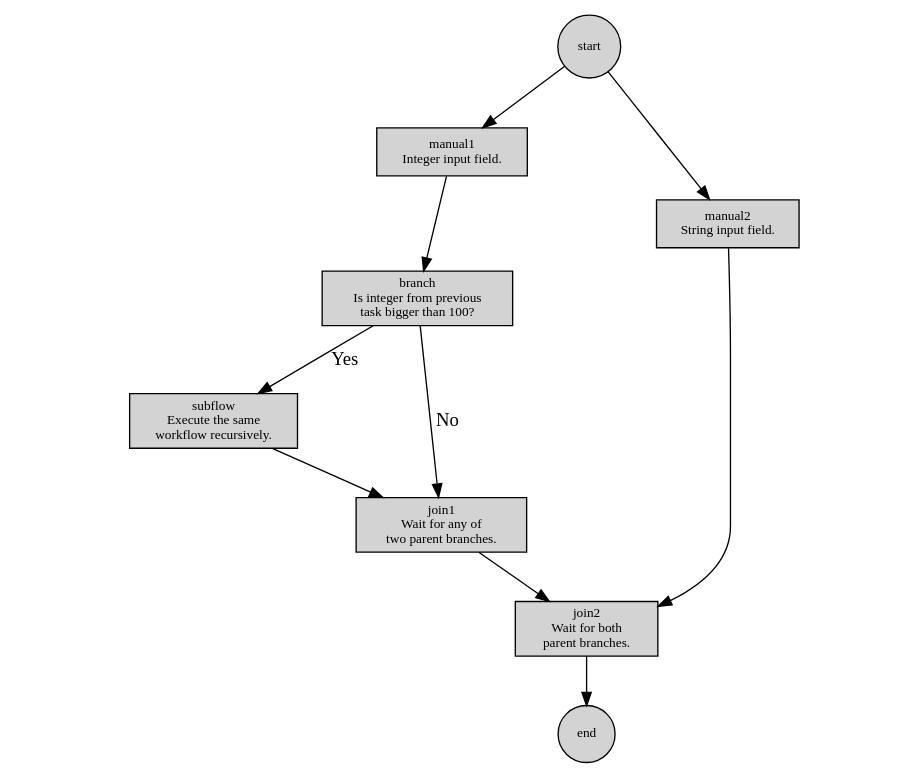
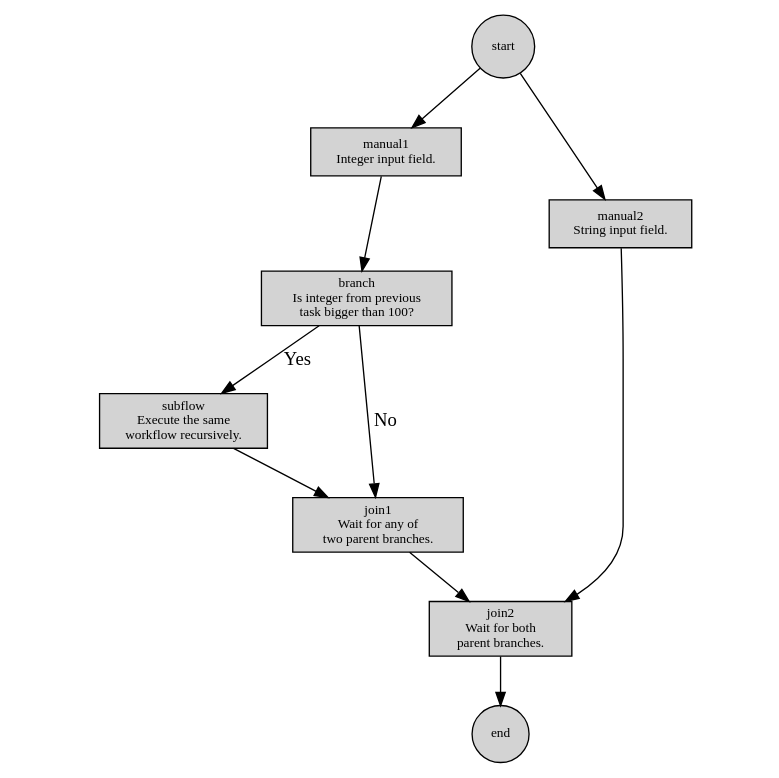
Before and after one commit to mpod/scala-workflow: the diagram in frontend/public/images/demo.gv, drawn with Graphviz. The commit also changed 1 other file, not shown here.

Commit message:
Updated demo graph image.

```diff
--- a/frontend/public/images/demo.gv
+++ b/frontend/public/images/demo.gv
@@ -1,35 +1,35 @@
 digraph graph_name {
   graph [
     fontsize = 10,
     overlap = false,
-    ratio = 0.85,
+    ratio = 1.0,
   ];
 
   node [
     style = "filled"
     fontsize = 10,
   ];
 
   edge [
   ];
 
   // node define
   start [shape = circle];
   manual1 [shape = box, label = "manual1\nInteger input field."];
   manual2 [shape = box, label = "manual2\nString input field."];
   branch [shape = box, label = "branch\nIs integer from previous \n task bigger than 100?"];
   subflow [shape = box, label = "subflow\nExecute the same \n workflow recursively."];
   join1 [shape = box, label = "join1\nWait for any of \n two parent branches."];
   join2 [shape = box, label = "join2\nWait for both \n parent branches."];
   end [shape = circle];
 
   start -> manual1;
   start -> manual2;
   manual1 -> branch;
   branch -> subflow[label = "Yes"];
   branch -> join1[label = "No"];
   subflow -> join1;
   join1 -> join2;
   manual2 -> join2;
   join2 -> end;
 }
```
